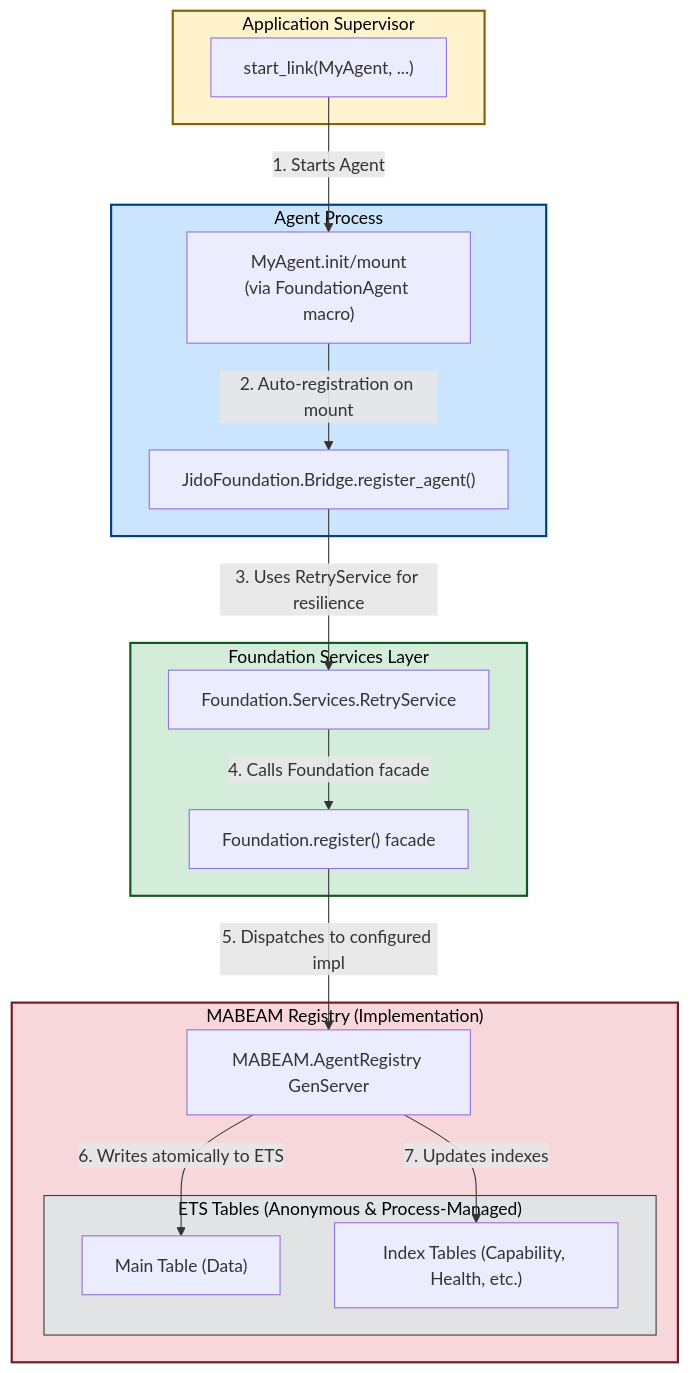
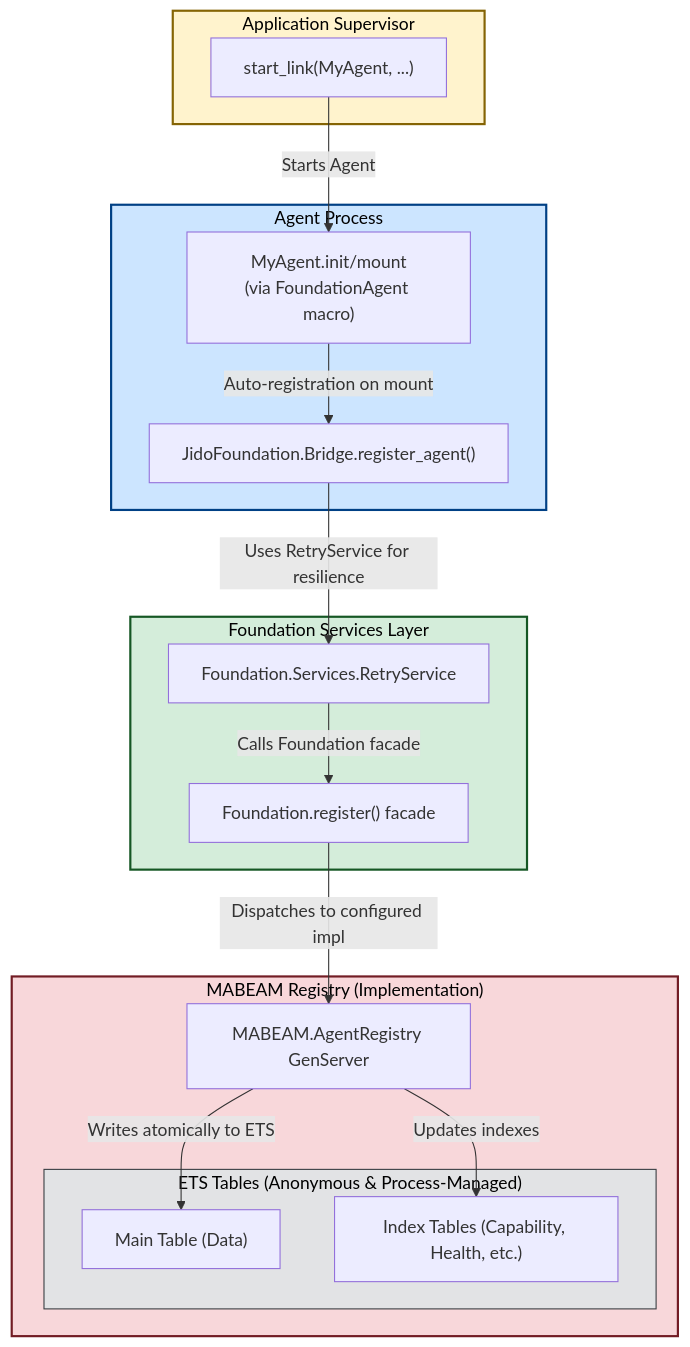
Before and after one commit to nshkrdotcom/foundation: the second of 10 diagrams in DIAGS_20250629.md, drawn with Mermaid. The commit also changed other lines of this file and 14 other files, not shown here.

````diff
--- a/DIAGS_20250629.md
+++ b/DIAGS_20250629.md
@@ -67,38 +67,38 @@
 ```mermaid
 graph TD
     subgraph AppSupervisor["Application Supervisor"]
         A1["start_link(MyAgent, ...)"]
     end
     
     subgraph AgentProcess["Agent Process"]
         A2["MyAgent.init/mount<br>(via FoundationAgent macro)"]
         A3["JidoFoundation.Bridge.register_agent()"]
     end
 
     subgraph FoundationServices["Foundation Services Layer"]
         A4["Foundation.Services.RetryService"]
         A5["Foundation.register() facade"]
     end
 
     subgraph MABEAM_Registry["MABEAM Registry (Implementation)"]
         A6["MABEAM.AgentRegistry GenServer"]
         subgraph ETSTables["ETS Tables (Anonymous & Process-Managed)"]
             A7["Main Table (Data)"]
             A8["Index Tables (Capability, Health, etc.)"]
         end
     end
 
-    A1 -->|1. Starts Agent| A2
-    A2 -->|2. Auto-registration on mount| A3
-    A3 -->|3. Uses RetryService for resilience| A4
-    A4 -->|4. Calls Foundation facade| A5
-    A5 -->|5. Dispatches to configured impl| A6
-    A6 -->|6. Writes atomically to ETS| A7
-    A6 -->|7. Updates indexes| A8
+    A1 -->|Starts Agent| A2
+    A2 -->|Auto-registration on mount| A3
+    A3 -->|Uses RetryService for resilience| A4
+    A4 -->|Calls Foundation facade| A5
+    A5 -->|Dispatches to configured impl| A6
+    A6 -->|Writes atomically to ETS| A7
+    A6 -->|Updates indexes| A8
 
     style AppSupervisor fill:#fff3cd,stroke:#856404,stroke-width:2px,color:#000
     style AgentProcess fill:#cce5ff,stroke:#004085,stroke-width:2px,color:#000
     style FoundationServices fill:#d4edda,stroke:#155724,stroke-width:2px,color:#000
     style MABEAM_Registry fill:#f8d7da,stroke:#721c24,stroke-width:2px,color:#000
     style ETSTables fill:#e2e3e5,stroke:#383d41,stroke-width:1px,color:#000
 ```
````
